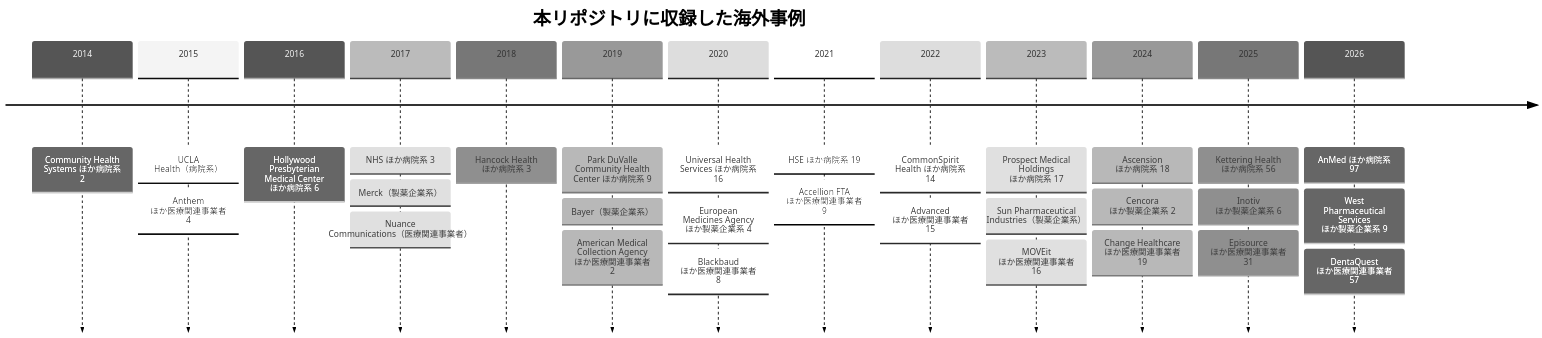
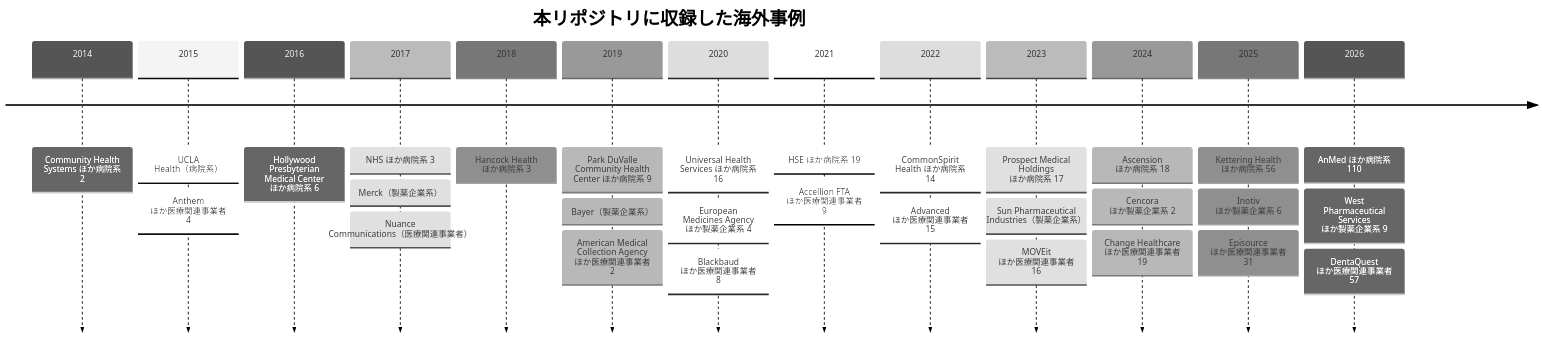
One commit to scgajge12/awesome-healthcare-security changed the diagram in docs/threats/incidents/global/README.md. Above: the diagram before and after it, drawn with Mermaid (neutral theme). The commit also changed other lines of this file and 5 other files, not shown here.

````diff
--- a/docs/threats/incidents/global/README.md
+++ b/docs/threats/incidents/global/README.md
@@ -22,17 +22,17 @@
 ```mermaid
 timeline
     title 本リポジトリに収録した海外事例
     2014 : Community Health Systems ほか病院系 2
     2015 : UCLA Health（病院系） : Anthem ほか医療関連事業者 4
     2016 : Hollywood Presbyterian Medical Center ほか病院系 6
     2017 : NHS ほか病院系 3 : Merck（製薬企業系） : Nuance Communications（医療関連事業者）
     2018 : Hancock Health ほか病院系 3
     2019 : Park DuValle Community Health Center ほか病院系 9 : Bayer（製薬企業系） : American Medical Collection Agency ほか医療関連事業者 2
     2020 : Universal Health Services ほか病院系 16 : European Medicines Agency ほか製薬企業系 4 : Blackbaud ほか医療関連事業者 8
     2021 : HSE ほか病院系 19 : Accellion FTA ほか医療関連事業者 9
     2022 : CommonSpirit Health ほか病院系 14 : Advanced ほか医療関連事業者 15
     2023 : Prospect Medical Holdings ほか病院系 17 : Sun Pharmaceutical Industries（製薬企業系） : MOVEit ほか医療関連事業者 16
     2024 : Ascension ほか病院系 18 : Cencora ほか製薬企業系 2 : Change Healthcare ほか医療関連事業者 19
     2025 : Kettering Health ほか病院系 56 : Inotiv ほか製薬企業系 6 : Episource ほか医療関連事業者 31
-    2026 : AnMed ほか病院系 97 : West Pharmaceutical Services ほか製薬企業系 9 : DentaQuest ほか医療関連事業者 57
+    2026 : AnMed ほか病院系 110 : West Pharmaceutical Services ほか製薬企業系 9 : DentaQuest ほか医療関連事業者 57
 ```
````
